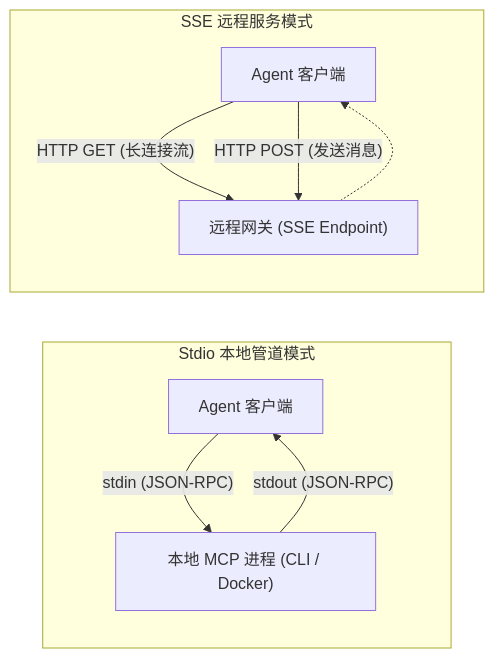
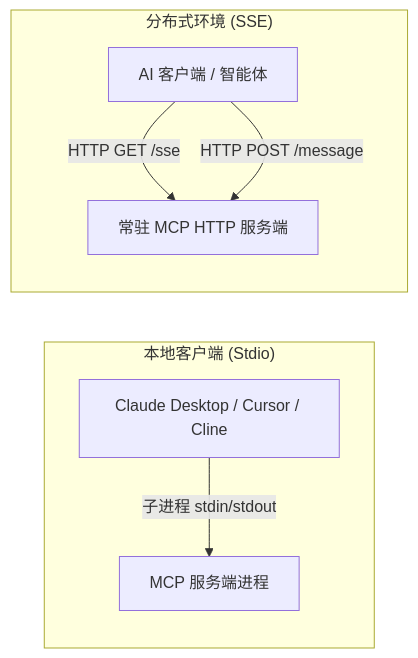
The diagram in docs/guide/client-setup.md (atengk/Ateng-MCP), drawn with Mermaid before and after one commit. The commit also changed other lines of this file and 8 other files, not shown here.

````diff
--- a/docs/guide/client-setup.md
+++ b/docs/guide/client-setup.md
@@ -16,13 +21,11 @@
 ```mermaid
 flowchart LR
-    subgraph StdioMode["Stdio 本地管道模式"]
-        A1["Agent 客户端"] -- "stdin (JSON-RPC)" --> B1["本地 MCP 进程 (CLI / Docker)"]
-        B1 -- "stdout (JSON-RPC)" --> A1
-    end
+  subgraph Local_Host["本地客户端 (Stdio)"]
+    IDE["Claude Desktop / Cursor / Cline"] -->|子进程 stdin/stdout| LocalMCP["MCP 服务端进程"]
+  end
 
-    subgraph SSEMode["SSE 远程服务模式"]
-        A2["Agent 客户端"] -- "HTTP GET (长连接流)" --> B2["远程网关 (SSE Endpoint)"]
-        A2 -- "HTTP POST (发送消息)" --> B2
-        B2 -.-> A2
-    end
+  subgraph Cloud_Host["分布式环境 (SSE)"]
+    Agent["AI 客户端 / 智能体"] -->|HTTP GET /sse| Gateway["常驻 MCP HTTP 服务端"]
+    Agent -->|HTTP POST /message| Gateway
+  end
 ```
````
